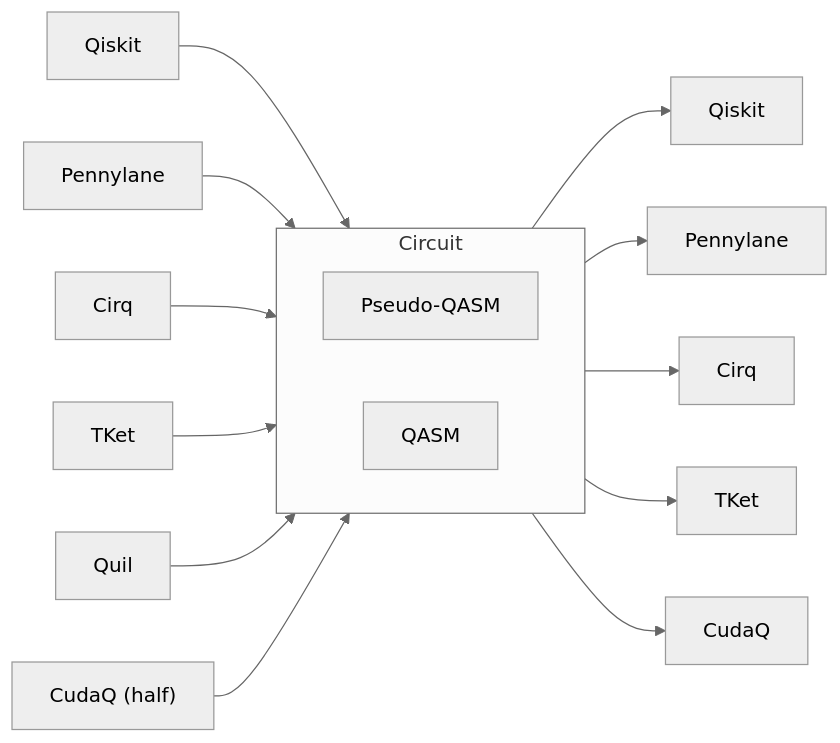
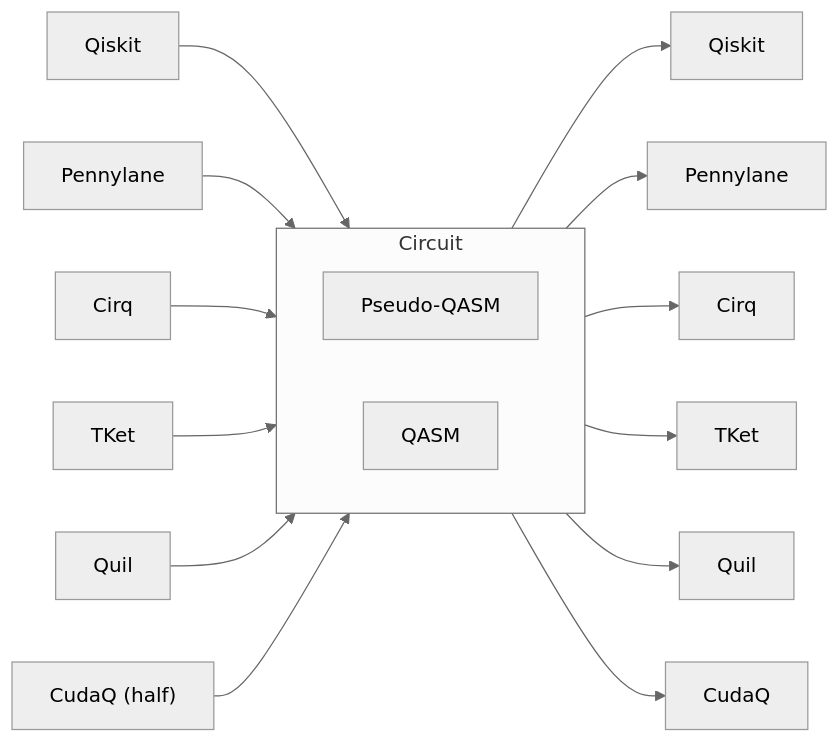
Before and after one commit to plutoniumm/abraxas: the diagram in Readme.md, drawn with Mermaid (neutral theme). The commit also changed other lines of this file and 6 other files, not shown here.

````diff
--- a/Readme.md
+++ b/Readme.md
@@ -46,20 +46,21 @@
 ```mermaid
 graph LR
   subgraph Circuit
     direction LR
     IR[Pseudo-QASM]
     IR2[QASM]
   end
   A0[Qiskit] --> Circuit
   B0[Pennylane] --> Circuit
   C0[Cirq] --> Circuit
   D0[TKet] --> Circuit
   E0[Quil] --> Circuit
   F0["CudaQ (half)"] --> Circuit
 
   Circuit --> A1[Qiskit]
   Circuit --> B1[Pennylane]
   Circuit --> C1[Cirq]
   Circuit --> D1[TKet]
+  Circuit --> E1[Quil]
   Circuit --> F1[CudaQ]
 ```
````
